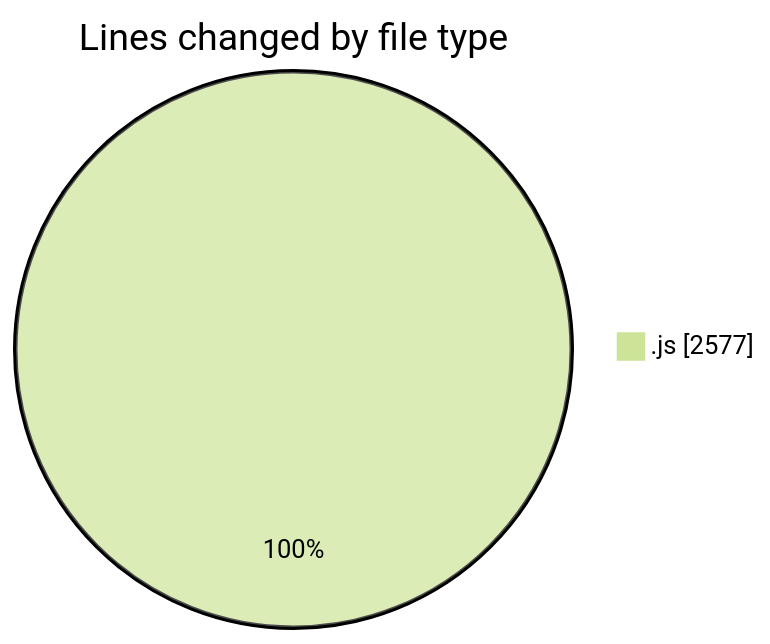
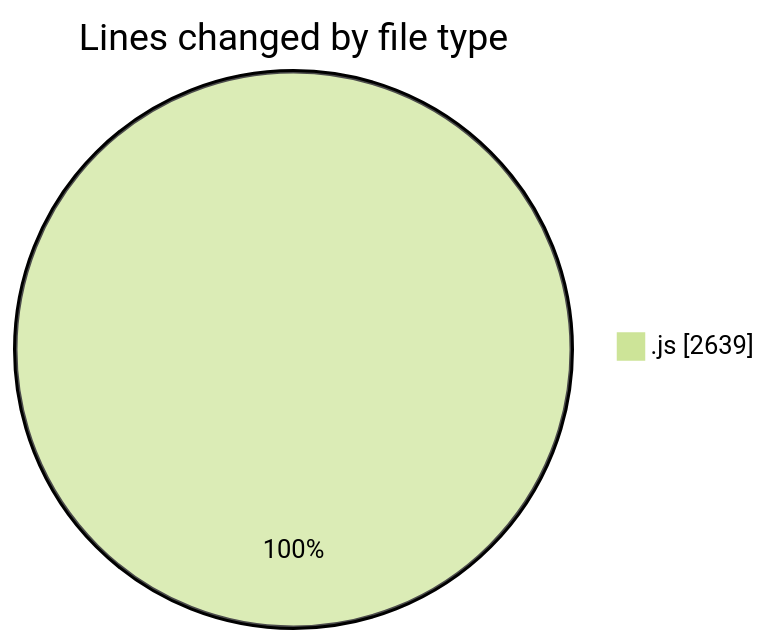
Before and after one commit to nxtqubesakshisongat/code-tracking: the first of 2 diagrams in 2025-10-15/nxtqube_webapp/README.md, drawn with Mermaid (forest theme). The commit also changed other lines of this file and 1 other file, not shown here.

````diff
--- a/2025-10-15/nxtqube_webapp/README.md
+++ b/2025-10-15/nxtqube_webapp/README.md
@@ -21,5 +21,5 @@
 ```mermaid
 pie showData
 title Lines changed by file type
-".js" : 2577
+".js" : 2639
 ```
````
